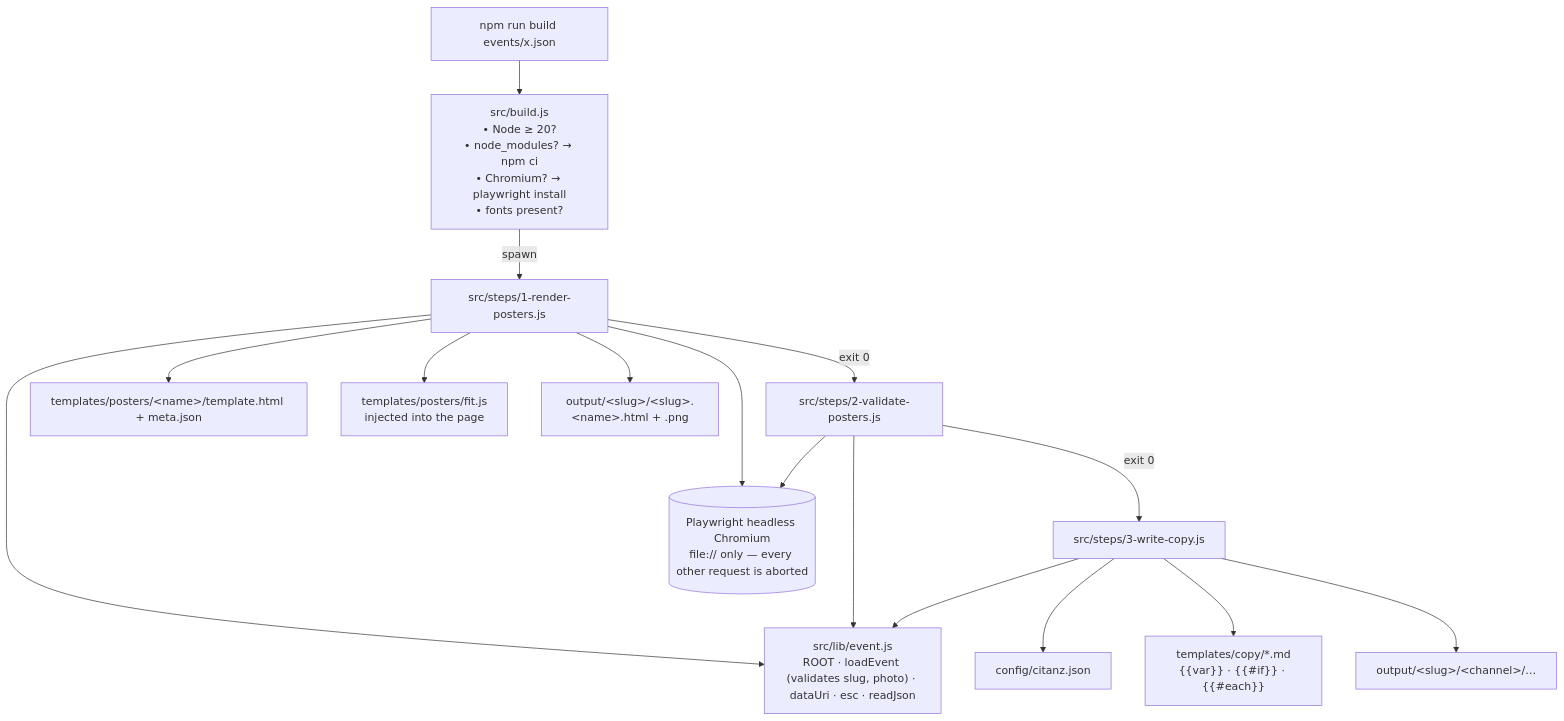
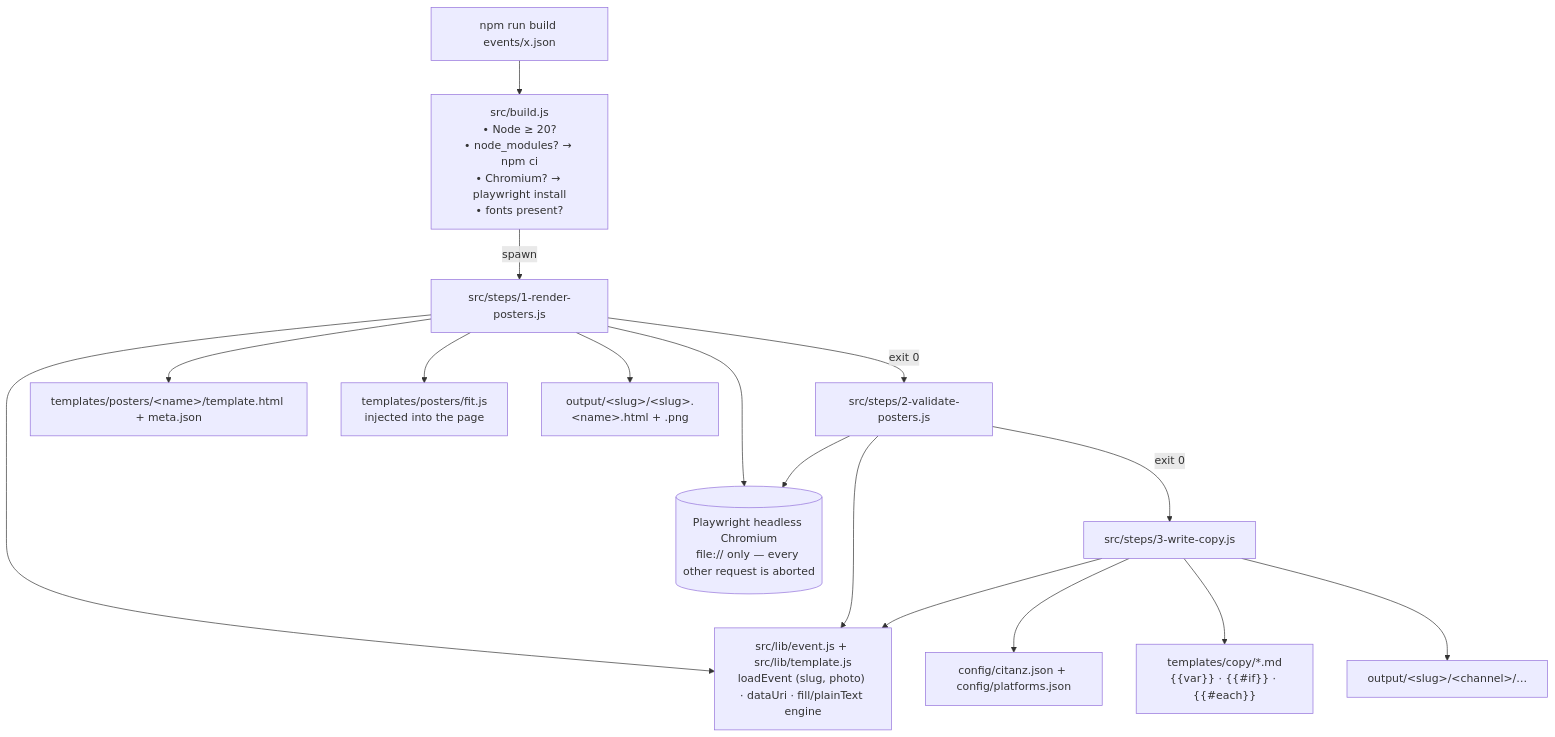
One commit to GabrielPower1969/citanz-meetup-generator changed the second of 4 diagrams in docs/ARCHITECTURE.md. Above: the diagram before and after it, drawn with Mermaid. The commit also changed 17 other files, not shown here.

Commit message:
Consolidation: shared template engine, config/platforms.json (image sizes + copy limits with provenance), limit checks in the copy step, 19 tests (npm test), event-recap skill (LinkedIn + 小红书), skills index, CLAUDE.md where-to-look table

````diff
--- a/docs/ARCHITECTURE.md
+++ b/docs/ARCHITECTURE.md
@@ -45,16 +45,16 @@
 ```mermaid
 flowchart TD
   CLI["npm run build events/x.json"] --> B["src/build.js<br/>• Node ≥ 20?<br/>• node_modules? → npm ci<br/>• Chromium? → playwright install<br/>• fonts present?"]
   B -->|spawn| S1["src/steps/1-render-posters.js"]
   S1 -->|exit 0| S2["src/steps/2-validate-posters.js"]
   S2 -->|exit 0| S3["src/steps/3-write-copy.js"]
-  S1 & S2 & S3 --> L["src/lib/event.js<br/>ROOT · loadEvent (validates slug, photo) · dataUri · esc · readJson"]
+  S1 & S2 & S3 --> L["src/lib/event.js + src/lib/template.js<br/>loadEvent (slug, photo) · dataUri · fill/plainText engine"]
   S1 --> T1["templates/posters/&lt;name&gt;/template.html + meta.json"]
   S1 --> FJ["templates/posters/fit.js<br/>injected into the page"]
   S1 --> PW[("Playwright headless Chromium<br/>file:// only — every other request is aborted")]
   S2 --> PW
-  S3 --> CF["config/citanz.json"]
+  S3 --> CF["config/citanz.json + config/platforms.json"]
   S3 --> T2["templates/copy/*.md<br/>{{var}} · {{#if}} · {{#each}}"]
   S1 --> O1["output/&lt;slug&gt;/&lt;slug&gt;.&lt;name&gt;.html + .png"]
   S3 --> O2["output/&lt;slug&gt;/&lt;channel&gt;/…"]
 ```
````
